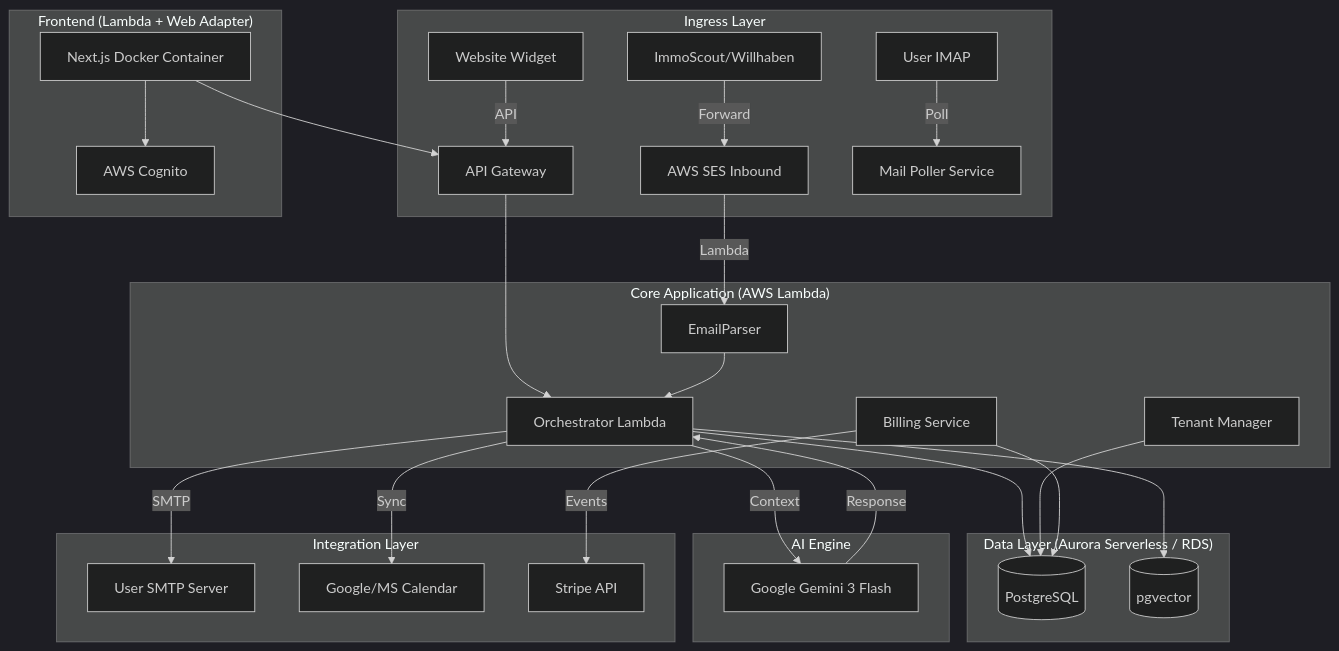
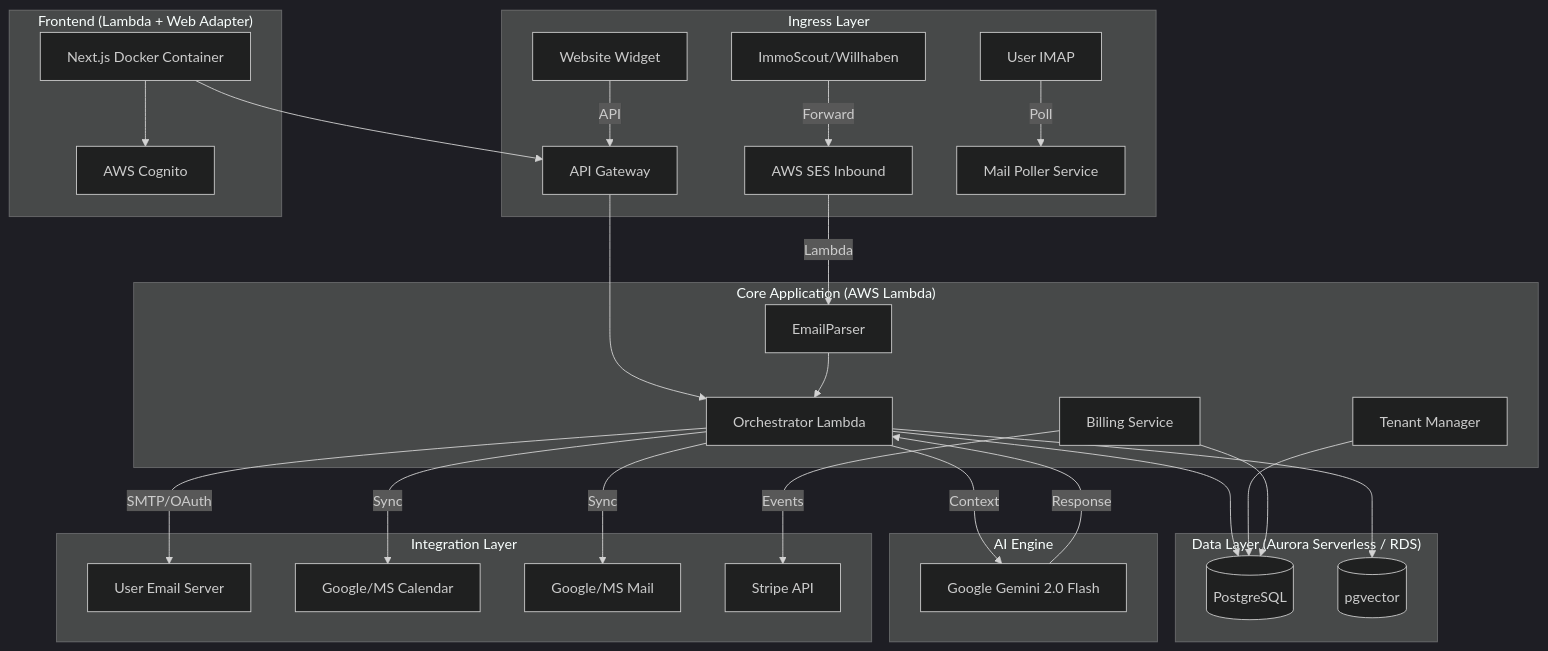
The diagram in docs/ARCHITECTURE.md (option-ai-aut/neuroconcepts), drawn with Mermaid (dark theme) before and after one commit. The commit also changed other lines of this file and 6 other files, not shown here.

````diff
--- a/docs/ARCHITECTURE.md
+++ b/docs/ARCHITECTURE.md
@@ -7,44 +7,45 @@
 ```mermaid
 graph TD
     subgraph "Ingress Layer"
         Portal[ImmoScout/Willhaben] -->|Forward| SES[AWS SES Inbound]
         Web[Website Widget] -->|API| API[API Gateway]
         UserMail[User IMAP] -->|Poll| Poller[Mail Poller Service]
     end
 
     subgraph "Core Application (AWS Lambda)"
         API --> Orchestrator
         SES -->|Lambda| EmailParser
         EmailParser --> Orchestrator
         
         Orchestrator[Orchestrator Lambda]
         TenantMgr[Tenant Manager]
         Billing[Billing Service]
     end
 
     subgraph "Data Layer (Aurora Serverless / RDS)"
         DB[(PostgreSQL)]
         Vector[(pgvector)]
     end
 
     subgraph "AI Engine"
-        Orchestrator -->|Context| Gemini[Google Gemini 3 Flash]
+        Orchestrator -->|Context| Gemini[Google Gemini 2.0 Flash]
         Gemini -->|Response| Orchestrator
     end
 
     subgraph "Integration Layer"
-        Orchestrator -->|SMTP| UserSMTP[User SMTP Server]
+        Orchestrator -->|SMTP/OAuth| UserSMTP[User Email Server]
         Orchestrator -->|Sync| Cal[Google/MS Calendar]
+        Orchestrator -->|Sync| Mail[Google/MS Mail]
         Billing -->|Events| Stripe[Stripe API]
     end
 
     subgraph "Frontend (Lambda + Web Adapter)"
         NextJS[Next.js Docker Container] --> API
         NextJS --> Cognito[AWS Cognito]
     end
 
     Orchestrator --> DB
     Orchestrator --> Vector
     TenantMgr --> DB
     Billing --> DB
 ```
````
